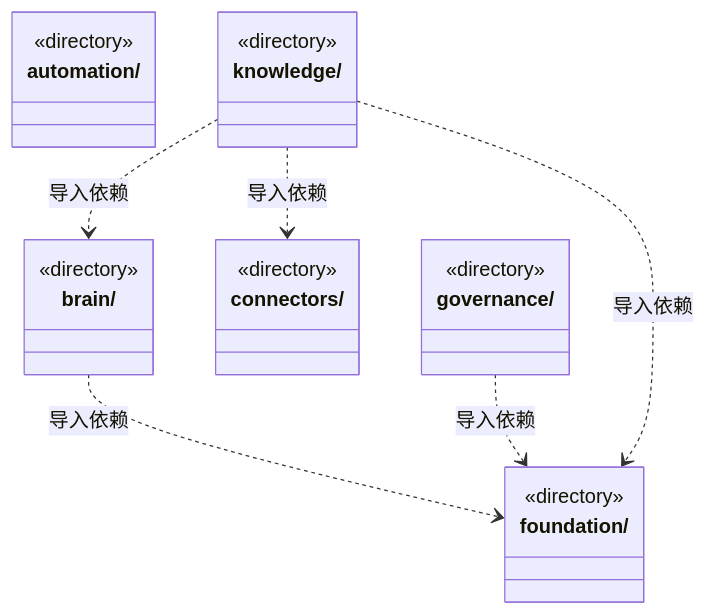
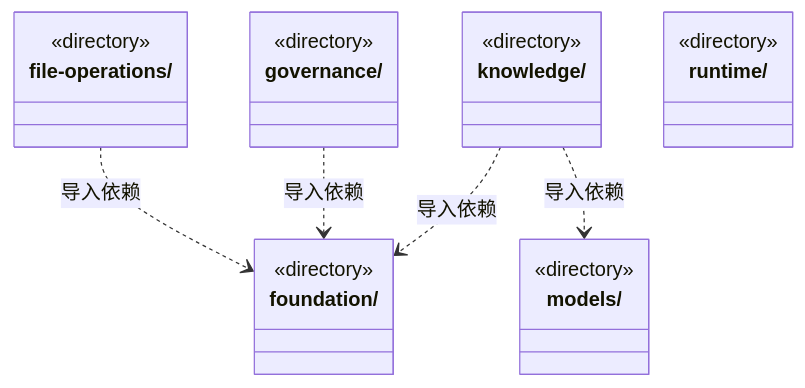
The second of 3 diagrams in src/backend/core/ARCHITECTURE.md (nan023062/cbim), drawn with Mermaid before and after one commit. The commit also changed other lines of this file and 971 other files, not shown here.

````diff
--- a/src/backend/core/ARCHITECTURE.md
+++ b/src/backend/core/ARCHITECTURE.md
@@ -15,26 +41,25 @@
 ```mermaid
 classDiagram
-class N_src_backend_core_automation["automation/"] {
-  <<directory>>
-}
-class N_src_backend_core_brain["brain/"] {
-  <<directory>>
-}
-class N_src_backend_core_connectors["connectors/"] {
+class N_src_backend_core_file_operations["file-operations/"] {
   <<directory>>
 }
 class N_src_backend_core_foundation["foundation/"] {
   <<directory>>
 }
 class N_src_backend_core_governance["governance/"] {
   <<directory>>
 }
 class N_src_backend_core_knowledge["knowledge/"] {
   <<directory>>
 }
-N_src_backend_core_brain ..> N_src_backend_core_foundation : 导入依赖
+class N_src_backend_core_models["models/"] {
+  <<directory>>
+}
+class N_src_backend_core_runtime["runtime/"] {
+  <<directory>>
+}
+N_src_backend_core_file_operations ..> N_src_backend_core_foundation : 导入依赖
 N_src_backend_core_governance ..> N_src_backend_core_foundation : 导入依赖
 N_src_backend_core_knowledge ..> N_src_backend_core_foundation : 导入依赖
-N_src_backend_core_knowledge ..> N_src_backend_core_connectors : 导入依赖
-N_src_backend_core_knowledge ..> N_src_backend_core_brain : 导入依赖
+N_src_backend_core_knowledge ..> N_src_backend_core_models : 导入依赖
 ```
````
